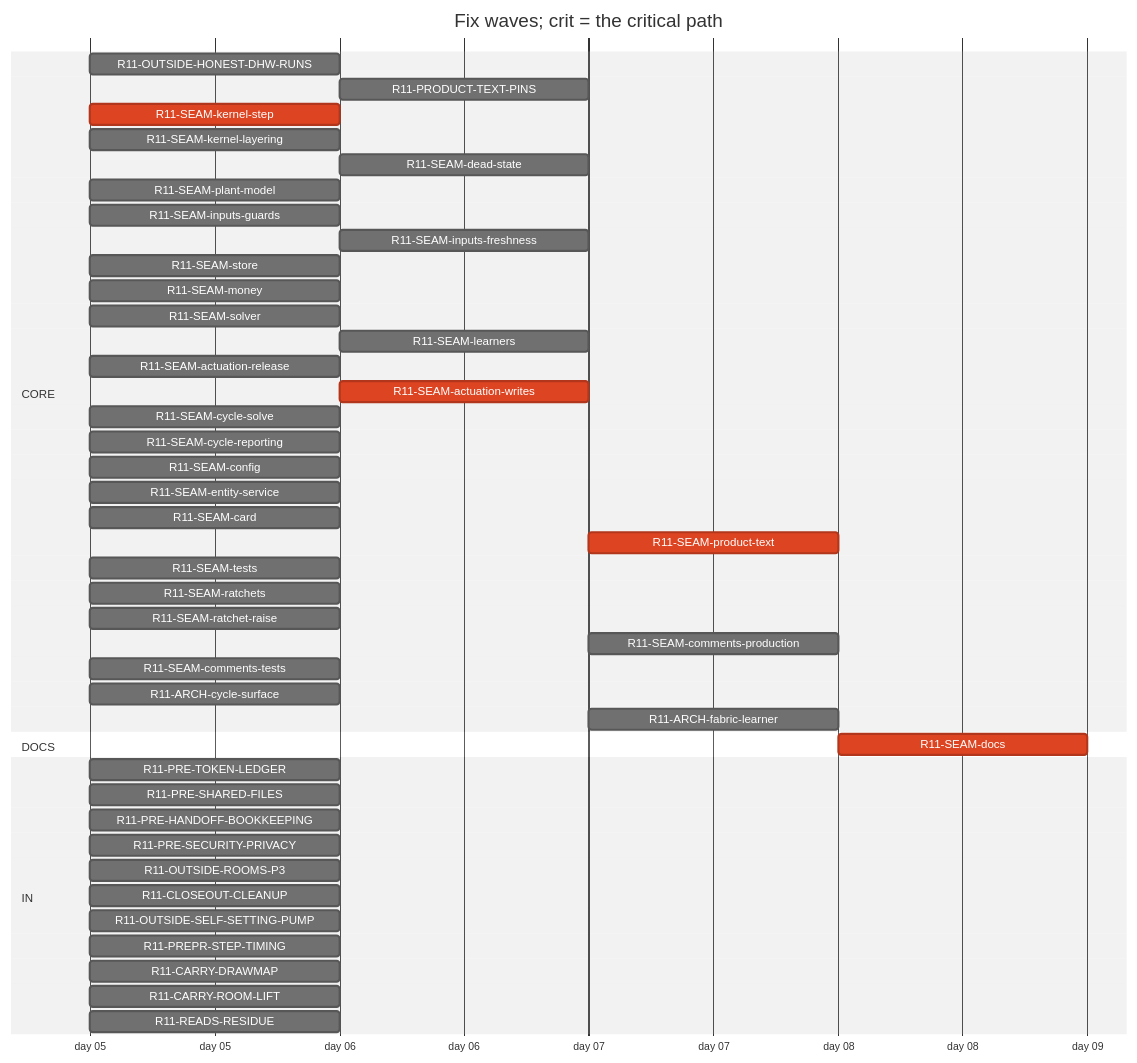
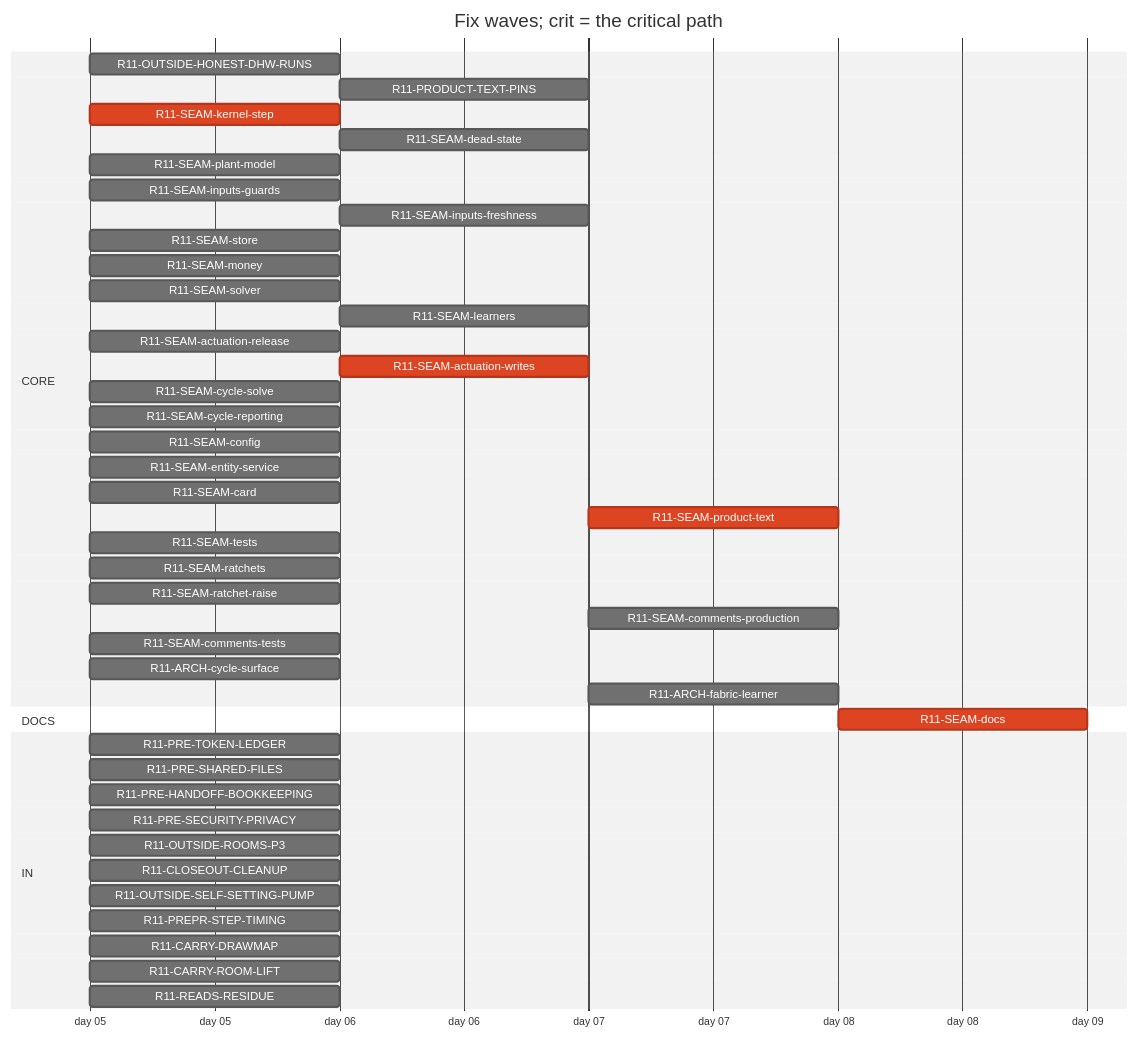
One commit to tvofi/heatpump_optimizer changed the diagram in handoff/round11/state/PLAN-TABLE.md. Above: the diagram before and after it, drawn with Mermaid (neutral theme). The commit also changed other lines of this file and 4 other files, not shown here.

Commit message:
state: FLOW-BOARD.md, NEXT-SESSION-PROMPT.md, PLAN-TABLE.md, PLAN.html, RESUME-CURRENT.md regenerated (state_docs.py)

````diff
--- a/handoff/round11/state/PLAN-TABLE.md
+++ b/handoff/round11/state/PLAN-TABLE.md
@@ -16,48 +16,47 @@
 ```mermaid
 gantt
   title Fix waves; crit = the critical path
   dateFormat YYYY-MM-DD
   axisFormat day %d
   section CORE
     R11-OUTSIDE-HONEST-DHW-RUNS :r11OUTSIDEHONESTDHWRUNS, 2026-01-05, 1d
     R11-PRODUCT-TEXT-PINS :r11PRODUCTTEXTPINS, after r11READSRESIDUE, 1d
     R11-SEAM-kernel-step :crit, r11SEAMkernelstep, 2026-01-05, 1d
-    R11-SEAM-kernel-layering :r11SEAMkernellayering, 2026-01-05, 1d
     R11-SEAM-dead-state :r11SEAMdeadstate, after r11SEAMstore, 1d
     R11-SEAM-plant-model :r11SEAMplantmodel, 2026-01-05, 1d
     R11-SEAM-inputs-guards :r11SEAMinputsguards, 2026-01-05, 1d
     R11-SEAM-inputs-freshness :r11SEAMinputsfreshness, after r11SEAMkernelstep, 1d
     R11-SEAM-store :r11SEAMstore, 2026-01-05, 1d
     R11-SEAM-money :r11SEAMmoney, 2026-01-05, 1d
     R11-SEAM-solver :r11SEAMsolver, 2026-01-05, 1d
     R11-SEAM-learners :r11SEAMlearners, after r11SEAMplantmodel, 1d
     R11-SEAM-actuation-release :r11SEAMactuationrelease, 2026-01-05, 1d
     R11-SEAM-actuation-writes :crit, r11SEAMactuationwrites, after r11SEAMkernelstep r11SEAMactuationrelease, 1d
     R11-SEAM-cycle-solve :r11SEAMcyclesolve, 2026-01-05, 1d
     R11-SEAM-cycle-reporting :r11SEAMcyclereporting, 2026-01-05, 1d
     R11-SEAM-config :r11SEAMconfig, 2026-01-05, 1d
     R11-SEAM-entity-service :r11SEAMentityservice, 2026-01-05, 1d
     R11-SEAM-card :r11SEAMcard, 2026-01-05, 1d
     R11-SEAM-product-text :crit, r11SEAMproducttext, after r11SEAMplantmodel r11SEAMmoney r11SEAMactuationrelease r11SEAMactuationwrites r11SEAMconfig r11SEAMentityservice r11SEAMinputsguards r11SEAMinputsfreshness r11SEAMcyclesolve r11SEAMcyclereporting, 1d
     R11-SEAM-tests :r11SEAMtests, 2026-01-05, 1d
     R11-SEAM-ratchets :r11SEAMratchets, 2026-01-05, 1d
     R11-SEAM-ratchet-raise :r11SEAMratchetraise, 2026-01-05, 1d
     R11-SEAM-comments-production :r11SEAMcommentsproduction, after r11SEAMplantmodel r11SEAMmoney r11SEAMactuationrelease r11SEAMactuationwrites r11SEAMconfig r11SEAMentityservice r11SEAMinputsguards r11SEAMinputsfreshness r11SEAMcyclesolve r11SEAMcyclereporting, 1d
     R11-SEAM-comments-tests :r11SEAMcommentstests, 2026-01-05, 1d
     R11-ARCH-cycle-surface :r11ARCHcyclesurface, 2026-01-05, 1d
     R11-ARCH-fabric-learner :r11ARCHfabriclearner, after r11SEAMlearners, 1d
   section DOCS
     R11-SEAM-docs :crit, r11SEAMdocs, after r11SEAMplantmodel r11SEAMmoney r11SEAMlearners r11SEAMactuationrelease r11SEAMactuationwrites r11SEAMconfig r11SEAMentityservice r11SEAMinputsguards r11SEAMinputsfreshness r11SEAMcyclesolve r11SEAMcyclereporting r11SEAMcard r11SEAMproducttext, 1d
   section IN
     R11-PRE-TOKEN-LEDGER :r11PRETOKENLEDGER, 2026-01-05, 1d
     R11-PRE-SHARED-FILES :r11PRESHAREDFILES, 2026-01-05, 1d
     R11-PRE-HANDOFF-BOOKKEEPING :r11PREHANDOFFBOOKKEEPING, 2026-01-05, 1d
     R11-PRE-SECURITY-PRIVACY :r11PRESECURITYPRIVACY, 2026-01-05, 1d
     R11-OUTSIDE-ROOMS-P3 :r11OUTSIDEROOMSP3, 2026-01-05, 1d
     R11-CLOSEOUT-CLEANUP :r11CLOSEOUTCLEANUP, 2026-01-05, 1d
     R11-OUTSIDE-SELF-SETTING-PUMP :r11OUTSIDESELFSETTINGPUMP, 2026-01-05, 1d
     R11-PREPR-STEP-TIMING :r11PREPRSTEPTIMING, 2026-01-05, 1d
     R11-CARRY-DRAWMAP :r11CARRYDRAWMAP, 2026-01-05, 1d
     R11-CARRY-ROOM-LIFT :r11CARRYROOMLIFT, 2026-01-05, 1d
     R11-READS-RESIDUE :r11READSRESIDUE, 2026-01-05, 1d
 ```
````
